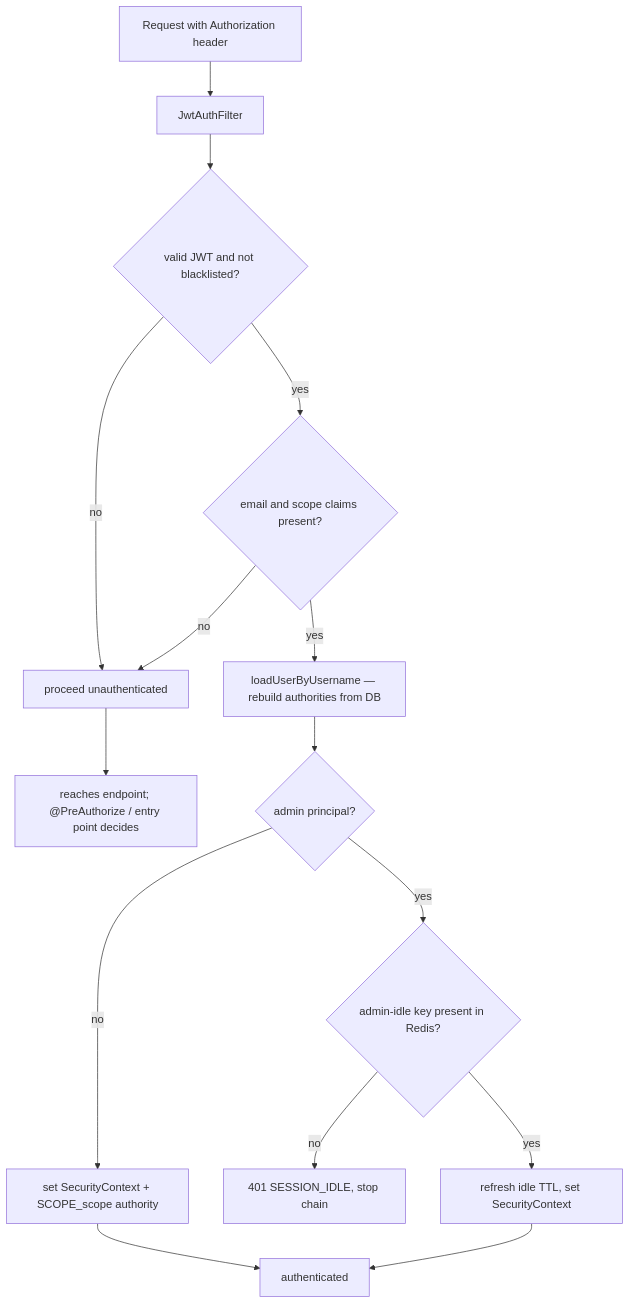
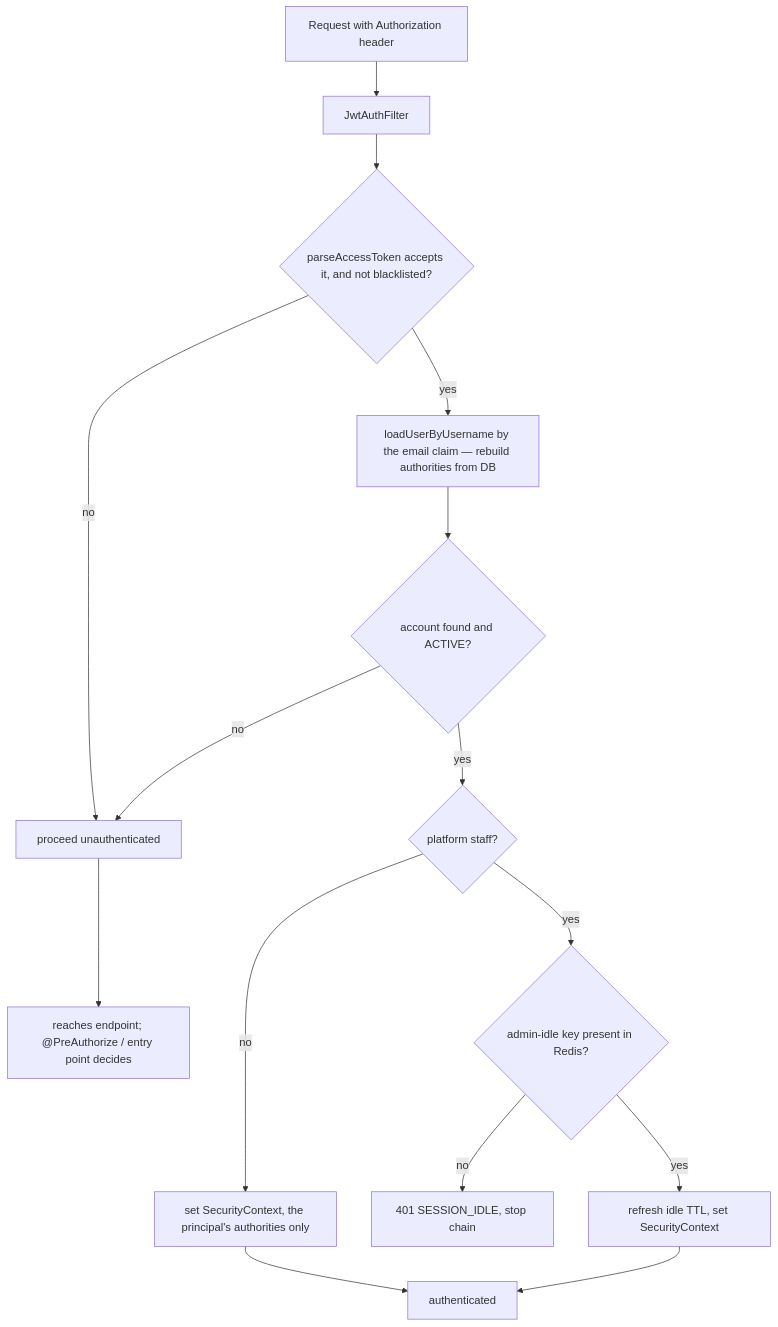
The first of 2 diagrams in docs/auth/jwt-sessions-and-refresh.md (cropdoor/cropdoor-almanac), drawn with Mermaid before and after one commit. The commit also changed other lines of this file, not shown here.

````diff
--- a/docs/auth/jwt-sessions-and-refresh.md
+++ b/docs/auth/jwt-sessions-and-refresh.md
@@ -79,17 +89,17 @@
 ```mermaid
 flowchart TD
     A["Request with Authorization header"] --> B["JwtAuthFilter"]
-    B --> C{"valid JWT and not blacklisted?"}
+    B --> C{"parseAccessToken accepts it, and not blacklisted?"}
     C -->|"no"| U["proceed unauthenticated"]
-    C -->|"yes"| D{"email and scope claims present?"}
+    C -->|"yes"| E["loadUserByUsername by the email claim — rebuild authorities from DB"]
+    E --> D{"account found and ACTIVE?"}
     D -->|"no"| U
-    D -->|"yes"| E["loadUserByUsername — rebuild authorities from DB"]
-    E --> F{"admin principal?"}
-    F -->|"no"| G["set SecurityContext + SCOPE_scope authority"]
+    D -->|"yes"| F{"platform staff?"}
+    F -->|"no"| G["set SecurityContext, the principal's authorities only"]
     F -->|"yes"| H{"admin-idle key present in Redis?"}
     H -->|"no"| I["401 SESSION_IDLE, stop chain"]
     H -->|"yes"| J["refresh idle TTL, set SecurityContext"]
     U --> K["reaches endpoint; @PreAuthorize / entry point decides"]
     G --> L["authenticated"]
     J --> L
 ```
````
